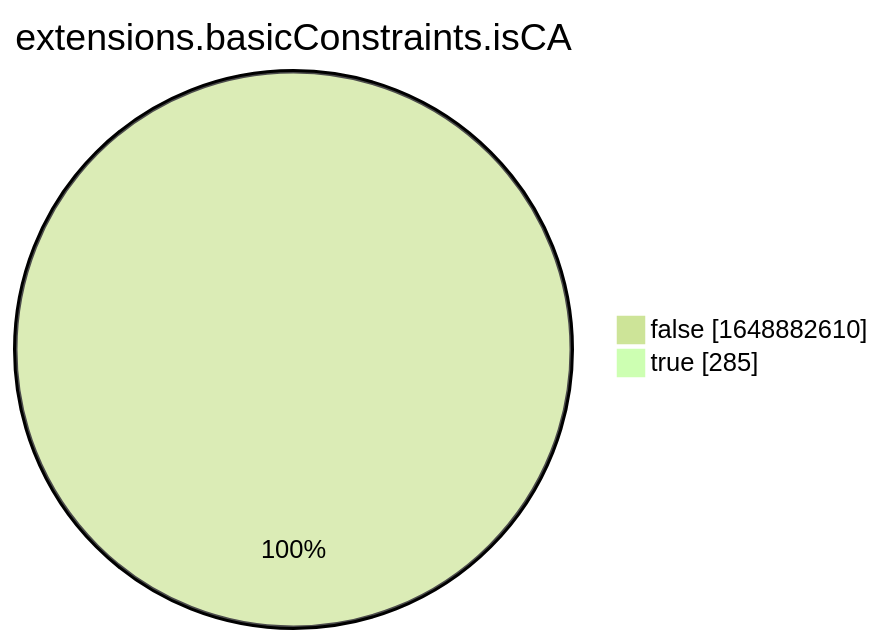
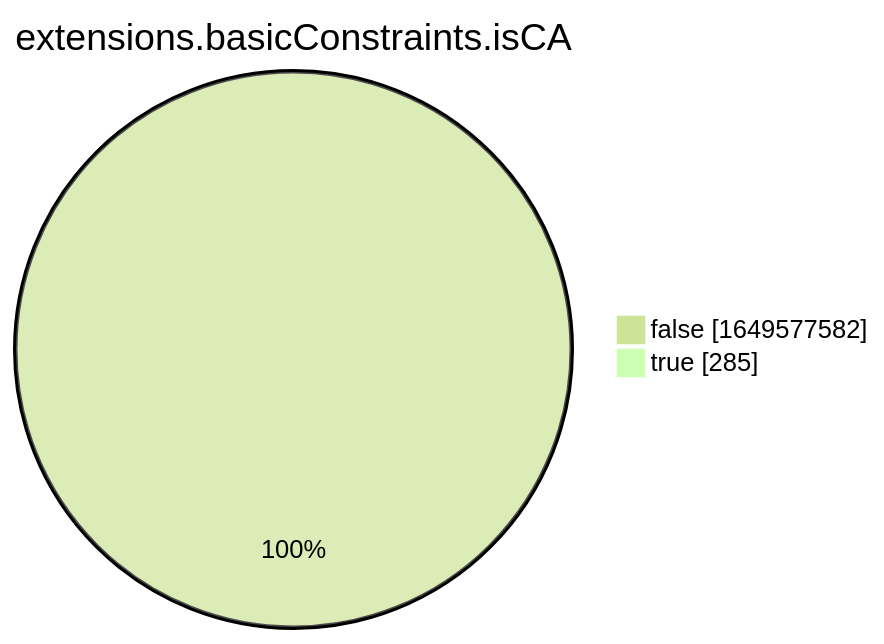
One commit to christiankrug/ctmonitor_visualization changed the eighth of 15 diagrams in xenon2022/README.md. Above: the diagram before and after it, drawn with Mermaid (forest theme). The commit also changed other lines of this file, not shown here.

````diff
--- a/xenon2022/README.md
+++ b/xenon2022/README.md
@@ -2863,6 +2863,6 @@
 ```mermaid
 pie showData
 title extensions.basicConstraints.isCA
-"false" :1648882610
+"false" :1649577582
 "true" :285
 ```
````
